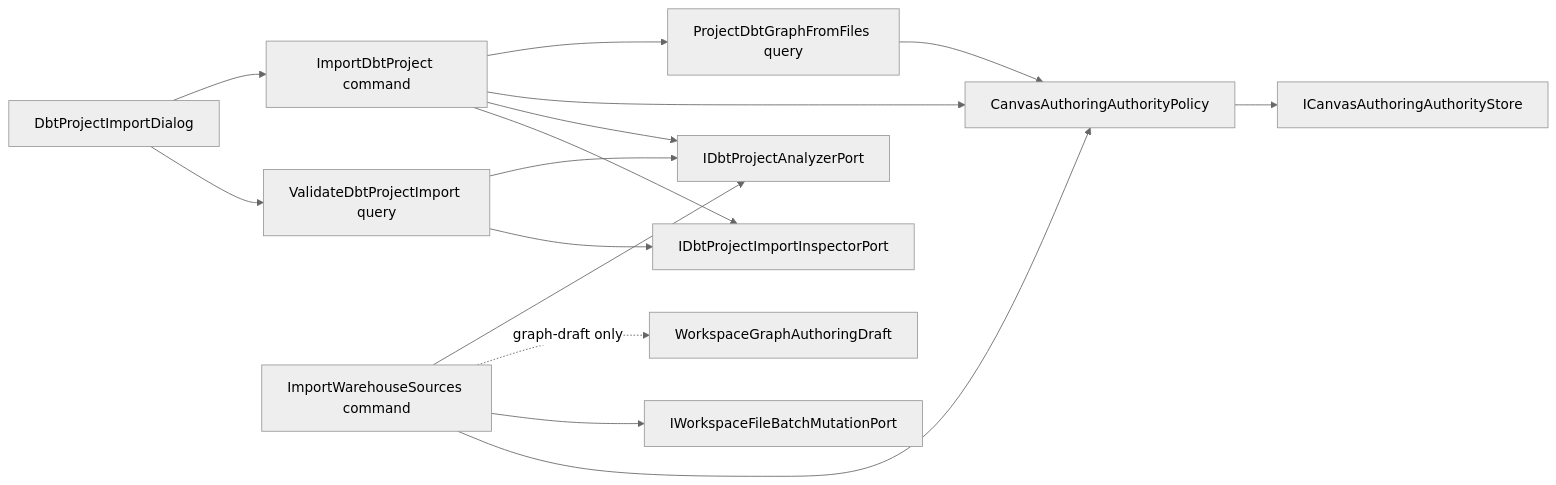
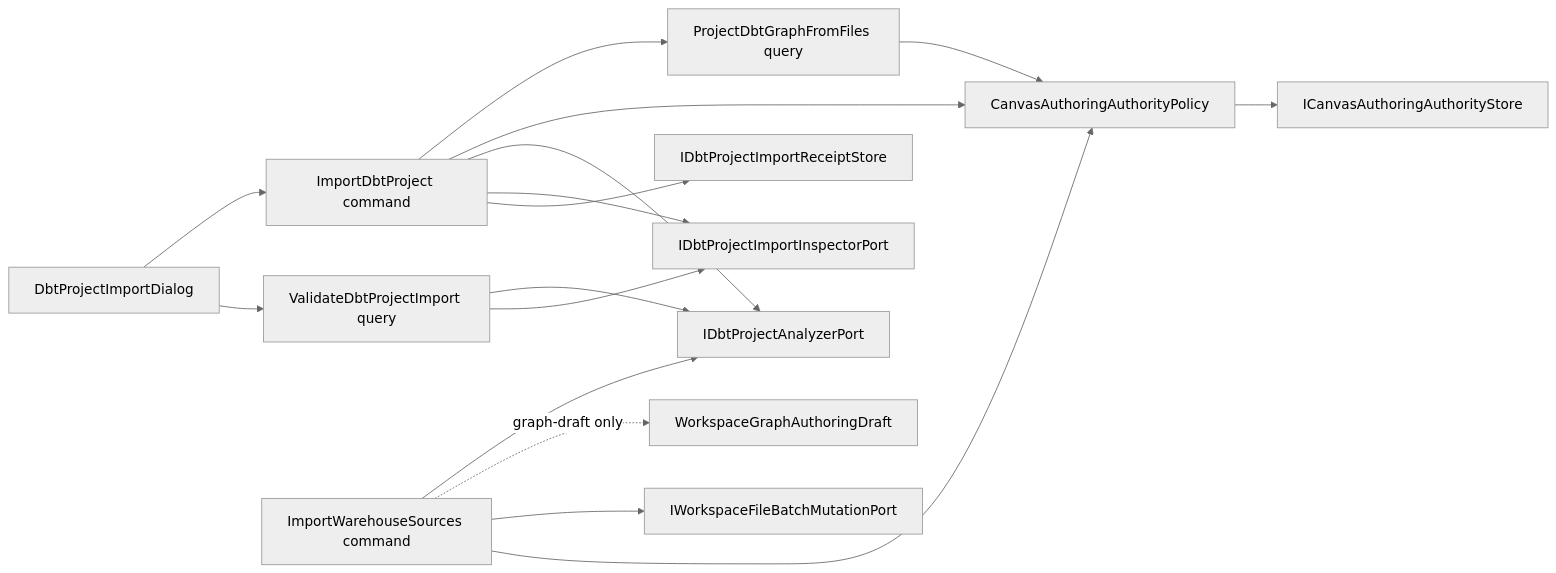
Before and after one commit to dunay2/dvt: the second of 4 diagrams in docs/architecture/components/web/graph/dbt-project-import-and-source-authority-component.md, drawn with Mermaid (neutral theme). The commit also changed other lines of this file and 15 other files, not shown here.

````diff
--- a/docs/architecture/components/web/graph/dbt-project-import-and-source-authority-component.md
+++ b/docs/architecture/components/web/graph/dbt-project-import-and-source-authority-component.md
@@ -75,29 +76,31 @@
 ```mermaid
 flowchart LR
   Dialog[DbtProjectImportDialog]
   Validate[ValidateDbtProjectImport query]
   Import[ImportDbtProject command]
   Inspector[IDbtProjectImportInspectorPort]
   Analyzer[IDbtProjectAnalyzerPort]
   AuthorityPolicy[CanvasAuthoringAuthorityPolicy]
   AuthorityStore[ICanvasAuthoringAuthorityStore]
+  ReceiptStore[IDbtProjectImportReceiptStore]
   Graph[ProjectDbtGraphFromFiles query]
   Source[ImportWarehouseSources command]
   Batch[IWorkspaceFileBatchMutationPort]
   Draft[WorkspaceGraphAuthoringDraft]
 
   Dialog --> Validate
   Validate --> Inspector
   Validate --> Analyzer
   Dialog --> Import
+  Import --> ReceiptStore
   Import --> Inspector
   Import --> Analyzer
   Import --> AuthorityPolicy
   AuthorityPolicy --> AuthorityStore
   Import --> Graph
   Graph --> AuthorityPolicy
   Source --> AuthorityPolicy
   Source --> Batch
   Source -. graph-draft only .-> Draft
   Source --> Analyzer
 ```
````
